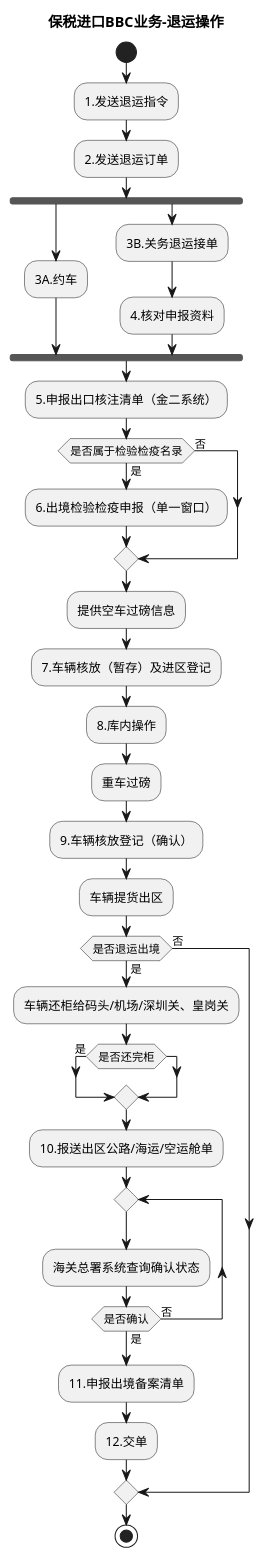
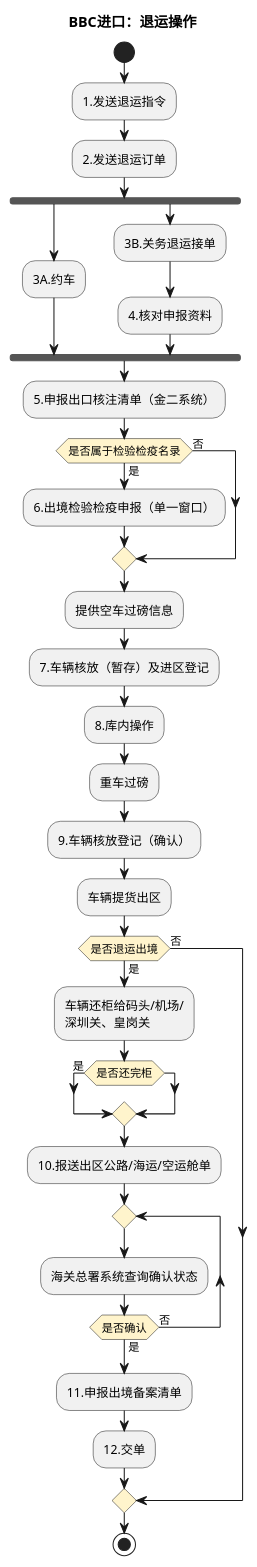
Before and after one commit to jack888332/projects-doc: the eighth of 12 diagrams in product-caliber/goldjet/segmented-prd/mainflow/PRD.高捷物流系统一期.主流程.06.跨境电商BBC进口详细流程.md, drawn with PlantUML. The commit also changed other lines of this file and 20 other files, not shown here.

Commit message:
优化流程表对应的DLS图

````diff
--- a/product-caliber/goldjet/segmented-prd/mainflow/PRD.高捷物流系统一期.主流程.06.跨境电商BBC进口详细流程.md
+++ b/product-caliber/goldjet/segmented-prd/mainflow/PRD.高捷物流系统一期.主流程.06.跨境电商BBC进口详细流程.md
@@ -282,38 +301,39 @@
 ```plantuml
 @startuml
-title 保税进口BBC业务-退运操作
+skinparam activityDiamondBackgroundColor #FFF4CC
+title BBC进口：退运操作
 start
 :1.发送退运指令;
 :2.发送退运订单;
 fork
   :3A.约车;
 fork again
   :3B.关务退运接单;
   :4.核对申报资料;
 end fork
 :5.申报出口核注清单（金二系统）;
 if (是否属于检验检疫名录) then (是)
   :6.出境检验检疫申报（单一窗口）;
 else (否)
 endif
 :提供空车过磅信息;
 :7.车辆核放（暂存）及进区登记;
 :8.库内操作;
 :重车过磅;
 :9.车辆核放登记（确认）;
 :车辆提货出区;
 if (是否退运出境) then (是)
-  :车辆还柜给码头/机场/深圳关、皇岗关;
+  :车辆还柜给码头/机场/\n深圳关、皇岗关;
   if (是否还完柜) then (是)
   endif
   :10.报送出区公路/海运/空运舱单;
   repeat
     :海关总署系统查询确认状态;
   repeat while (是否确认) is (否) not (是)
   :11.申报出境备案清单;
   :12.交单;
 else (否)
 endif
 stop
 @enduml
 ```
````
